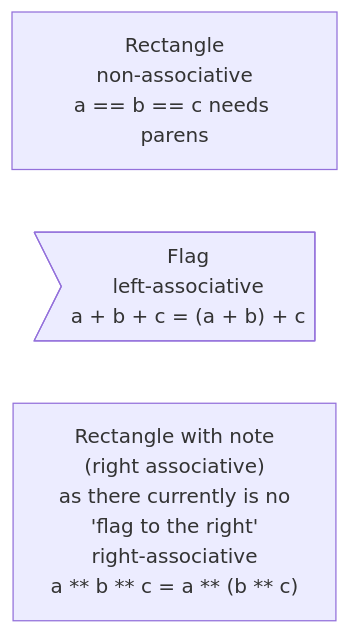
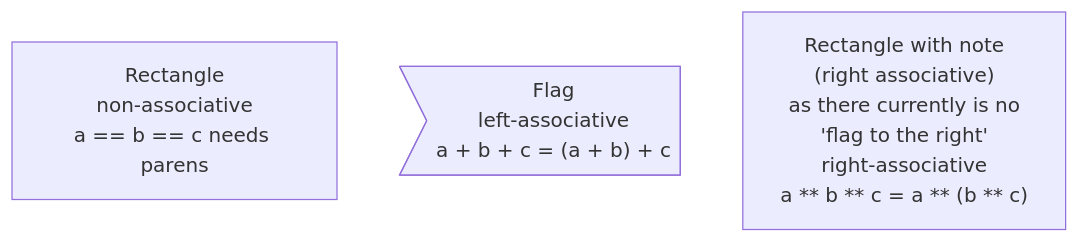
The second of 4 diagrams in 6 .../2 Unfinished Ideas.md (laro/Cilia), drawn with Mermaid before and after one commit. The commit also changed other lines of this file, not shown here.

Commit message:
Update 2 Unfinished Ideas.md

````diff
--- a/6 .../2 Unfinished Ideas.md
+++ b/6 .../2 Unfinished Ideas.md
@@ -363,9 +363,11 @@
 ```mermaid
 %%{init: {'themeVariables': {'fontFamily': 'monospace'}}}%%
 graph LR
     rect["Rectangle<br/>non-associative<br/>a == b == c needs parens"]
 
     flagToLeft>"Flag<br/>left-associative<br/>a + b + c = (a + b) + c"]
 
     flagToRight["Rectangle with note<br/>(right associative)<br/>as there currently is no<br/>'flag to the right'<br/>right-associative<br/>a ** b ** c = a ** (b ** c)"]
+
+    rect ~~~ flagToLeft ~~~ flagToRight
 ```
````
